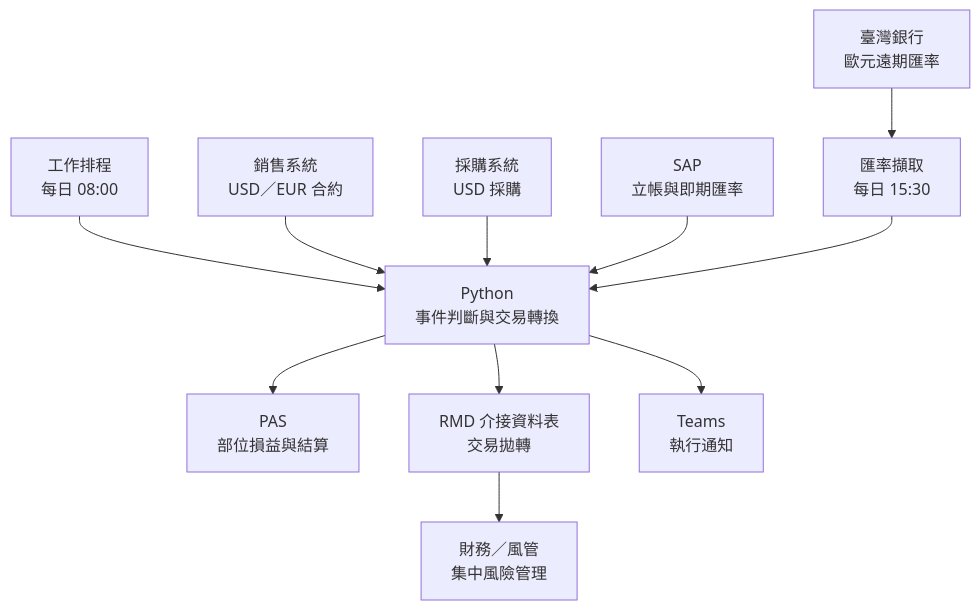
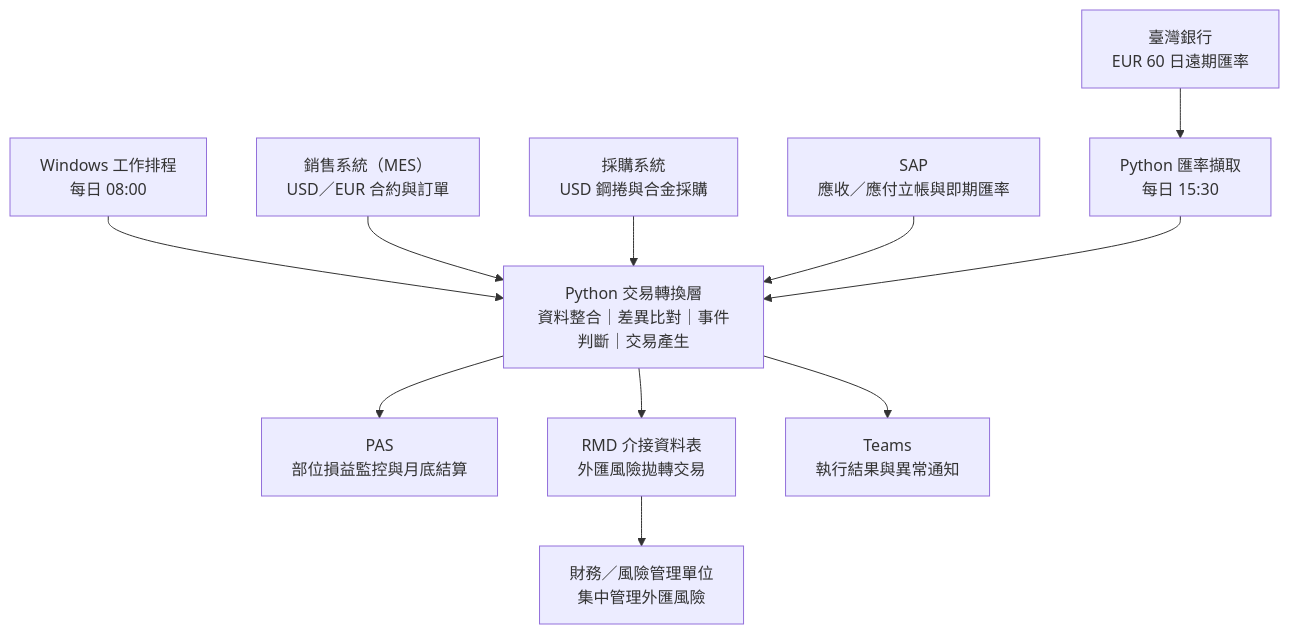
One commit to ChienChienChien/FX_Hedging_Automation changed the diagram in README_ZH-TW.md. Above: the diagram before and after it, drawn with Mermaid. The commit also changed other lines of this file, not shown here.

````diff
--- a/README_ZH-TW.md
+++ b/README_ZH-TW.md
@@ -62,20 +72,22 @@
 ```mermaid
 flowchart TB
-    A["銷售系統<br/>USD／EUR 合約"]
-    B["採購系統<br/>USD 採購"]
-    C["SAP<br/>立帳與即期匯率"]
-    D["臺灣銀行<br/>歐元遠期匯率"]
+    A["銷售系統（MES）<br/>USD／EUR 合約與訂單"]
+    B["採購系統<br/>USD 鋼捲與合金採購"]
+    C["SAP<br/>應收／應付立帳與即期匯率"]
+    D["臺灣銀行<br/>EUR 60 日遠期匯率"]
 
-    D --> E["匯率擷取<br/>每日 15:30"]
+    D --> E["Python 匯率擷取<br/>每日 15:30"]
 
-    G["工作排程<br/>每日 08:00"] --> F["Python<br/>事件判斷與交易轉換"]
+    G["Windows 工作排程<br/>每日 08:00"] --> F
     A --> F
     B --> F
     C --> F
     E --> F
 
-    F --> H["PAS<br/>部位損益與結算"]
-    F --> I["RMD 介接資料表<br/>交易拋轉"]
-    I --> J["財務／風管<br/>集中風險管理"]
-    F --> K["Teams<br/>執行通知"]
+    F["Python 交易轉換層<br/>資料整合｜差異比對｜事件判斷｜交易產生"]
+
+    F --> H["PAS<br/>部位損益監控與月底結算"]
+    F --> I["RMD 介接資料表<br/>外匯風險拋轉交易"]
+    I --> J["財務／風險管理單位<br/>集中管理外匯風險"]
+    F --> K["Teams<br/>執行結果與異常通知"]
 ```
````
